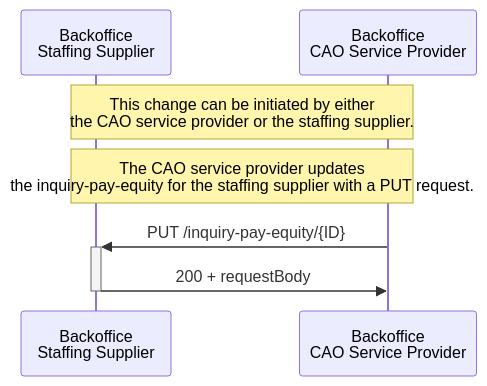
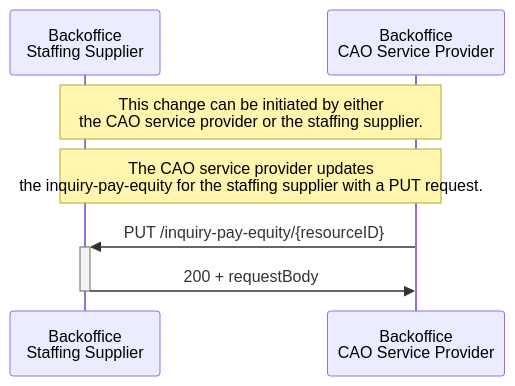
Before and after one commit to setu-standards/documentation: the fifth of 5 diagrams in app/docs/gelijkwaardige-beloning/sequence diagrams/sequence diagrams.md, drawn with Mermaid. The commit also changed other lines of this file and 4 other files, not shown here.

````diff
--- a/app/docs/gelijkwaardige-beloning/sequence diagrams/sequence diagrams.md
+++ b/app/docs/gelijkwaardige-beloning/sequence diagrams/sequence diagrams.md
@@ -121,12 +128,12 @@
 ```mermaid
 sequenceDiagram
     participant Supplier as Backoffice <br/> Staffing Supplier
     participant Customer as Backoffice <br/> CAO Service Provider
     
 
     Note over Supplier,Customer: This change can be initiated by either <br/> the CAO service provider or the staffing supplier.
     
     Note over Supplier,Customer: The CAO service provider updates <br/> the inquiry-pay-equity for the staffing supplier with a PUT request.
-    Customer ->>+ Supplier: PUT /inquiry-pay-equity/{ID}
-    Supplier ->>- Customer: 200 + requestBody 
+    Customer ->>+ Supplier: PUT /inquiry-pay-equity/{resourceID}
+    Supplier ->>- Customer: 200 + requestBody
 ```
````
